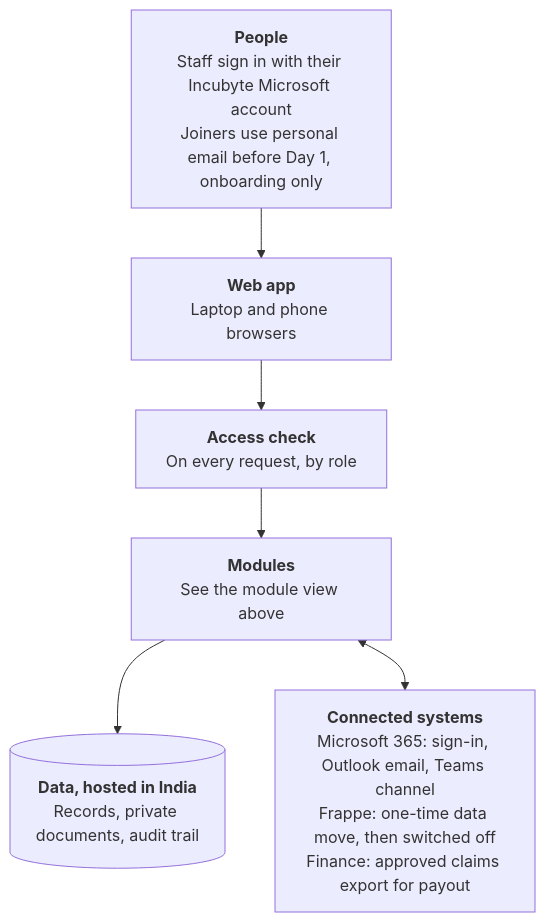
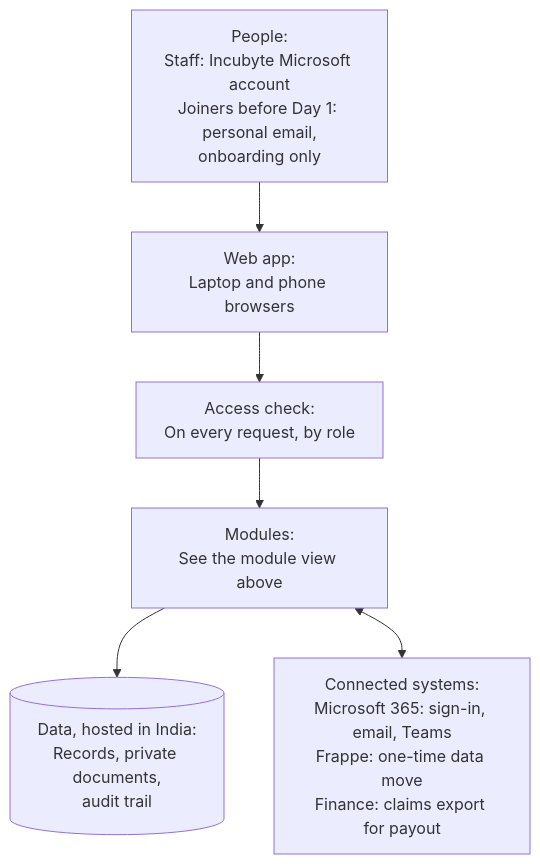
One commit to RenukaPorje/ERP-internal changed the second of 2 diagrams in docs/stage-3-product-definition/02-prd.md. Above: the diagram before and after it, drawn with Mermaid. The commit also changed other lines of this file and 4 other files, not shown here.

Commit message:
fix: updating diagram labels

````diff
--- a/docs/stage-3-product-definition/02-prd.md
+++ b/docs/stage-3-product-definition/02-prd.md
@@ -41,11 +42,12 @@
 ```mermaid
+%%{init: {"fontFamily": "Arial, Helvetica, sans-serif", "flowchart": {"htmlLabels": false, "padding": 14}}}%%
 flowchart TB
-    U["<b>People</b><br/>Staff sign in with their Incubyte Microsoft account<br/>Joiners use personal email before Day 1, onboarding only"]
-    W["<b>Web app</b><br/>Laptop and phone browsers"]
-    A["<b>Access check</b><br/>On every request, by role"]
-    M["<b>Modules</b><br/>See the module view above"]
-    D[("<b>Data, hosted in India</b><br/>Records, private documents, audit trail")]
-    C["<b>Connected systems</b><br/>Microsoft 365: sign-in, Outlook email, Teams channel<br/>Frappe: one-time data move, then switched off<br/>Finance: approved claims export for payout"]
+    U["People:<br/>Staff: Incubyte Microsoft account<br/>Joiners before Day 1: personal email,<br/>onboarding only"]
+    W["Web app:<br/>Laptop and phone browsers"]
+    A["Access check:<br/>On every request, by role"]
+    M["Modules:<br/>See the module view above"]
+    D[("Data, hosted in India:<br/>Records, private documents,<br/>audit trail")]
+    C["Connected systems:<br/>Microsoft 365: sign-in, email, Teams<br/>Frappe: one-time data move<br/>Finance: claims export for payout"]
     U --> W --> A --> M --> D
     M <--> C
 ```
````
